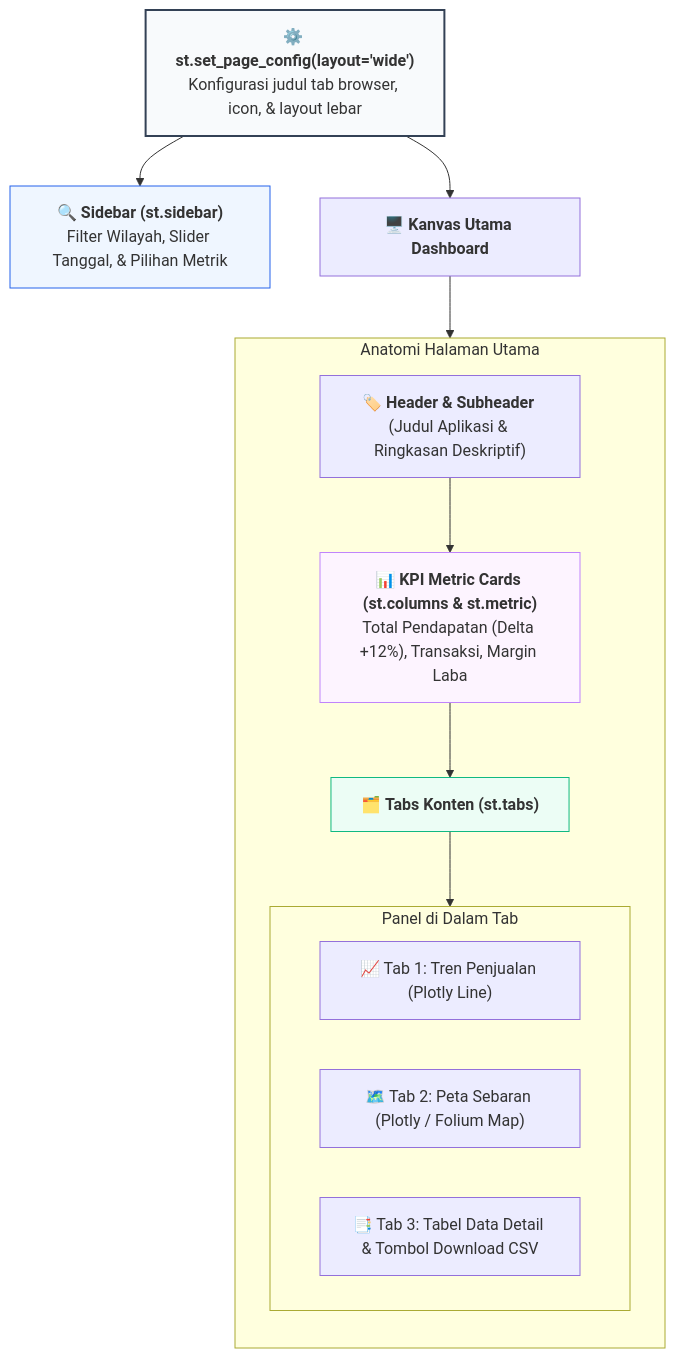
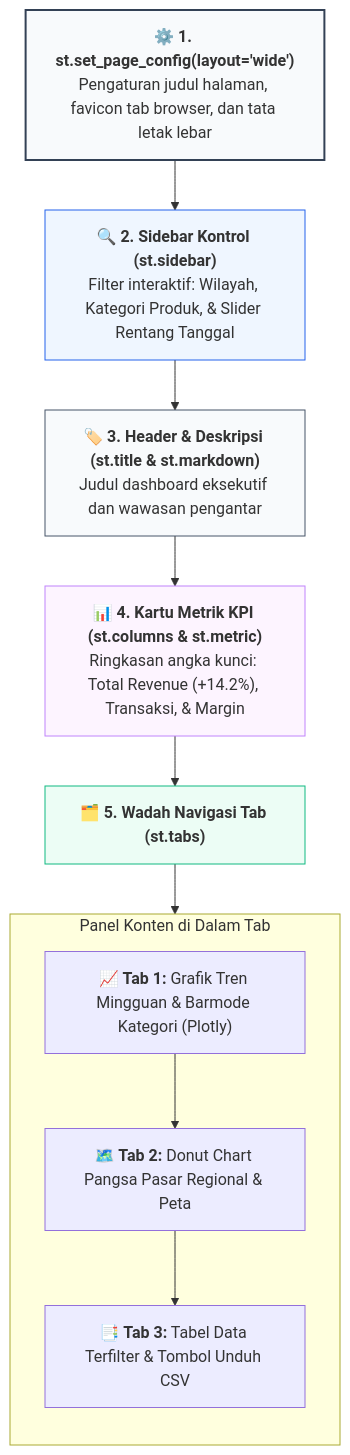
One commit to mahendaruui/Perkuliahan changed the second of 2 diagrams in docs/visualisasi-data/13-dashboard-streamlit.md. Above: the diagram before and after it, drawn with Mermaid. The commit also changed other lines of this file and 15 other files, not shown here.

Commit message:
refactor: update and standardize mermaid diagrams across all documentation modules

````diff
--- a/docs/visualisasi-data/13-dashboard-streamlit.md
+++ b/docs/visualisasi-data/13-dashboard-streamlit.md
@@ -47,27 +45,23 @@
 ```mermaid
 flowchart TD
-    PageConfig["⚙️ <b>st.set_page_config(layout='wide')</b><br>Konfigurasi judul tab browser, icon, & layout lebar"]
+    PageConfig["⚙️ <b>1. st.set_page_config(layout='wide')</b><br>Pengaturan judul halaman, favicon tab browser, dan tata letak lebar"]
+    --> Sidebar["🔍 <b>2. Sidebar Kontrol (st.sidebar)</b><br>Filter interaktif: Wilayah, Kategori Produk, & Slider Rentang Tanggal"]
+    --> Header["🏷️ <b>3. Header & Deskripsi (st.title & st.markdown)</b><br>Judul dashboard eksekutif dan wawasan pengantar"]
+    --> Metrics["📊 <b>4. Kartu Metrik KPI (st.columns & st.metric)</b><br>Ringkasan angka kunci: Total Revenue (+14.2%), Transaksi, & Margin"]
+    --> Tabs["🗂️ <b>5. Wadah Navigasi Tab (st.tabs)</b>"]
     
-    PageConfig --> Sidebar["🔍 <b>Sidebar (st.sidebar)</b><br>Filter Wilayah, Slider Tanggal, & Pilihan Metrik"]
-    PageConfig --> Main["🖥️ <b>Kanvas Utama Dashboard</b>"]
-
-    subgraph MainContent["Anatomi Halaman Utama"]
+    subgraph TabPanels["Panel Konten di Dalam Tab"]
         direction TB
-        Header["🏷️ <b>Header & Subheader</b> (Judul Aplikasi & Ringkasan Deskriptif)"]
-        Metrics["📊 <b>KPI Metric Cards (st.columns & st.metric)</b><br>Total Pendapatan (Delta +12%), Transaksi, Margin Laba"]
-        Tabs["🗂️ <b>Tabs Konten (st.tabs)</b>"]
-        
-        subgraph TabPanels["Panel di Dalam Tab"]
-            T1["📈 Tab 1: Tren Penjualan (Plotly Line)"]
-            T2["🗺️ Tab 2: Peta Sebaran (Plotly / Folium Map)"]
-            T3["📑 Tab 3: Tabel Data Detail & Tombol Download CSV"]
-        end
+        T1["📈 <b>Tab 1:</b> Grafik Tren Mingguan & Barmode Kategori (Plotly)"]
+        --> T2["🗺️ <b>Tab 2:</b> Donut Chart Pangsa Pasar Regional & Peta"]
+        --> T3["📑 <b>Tab 3:</b> Tabel Data Terfilter & Tombol Unduh CSV"]
     end
 
-    Main --> Header --> Metrics --> Tabs --> TabPanels
+    Tabs --> TabPanels
 
     style PageConfig fill:#f8fafc,stroke:#334155,stroke-width:2px
     style Sidebar fill:#eff6ff,stroke:#2563eb,stroke-width:1px
+    style Header fill:#f8fafc,stroke:#475569,stroke-width:1px
     style Metrics fill:#fdf4ff,stroke:#c084fc,stroke-width:1px
     style Tabs fill:#ecfdf5,stroke:#10b981,stroke-width:1px
 ```
````
